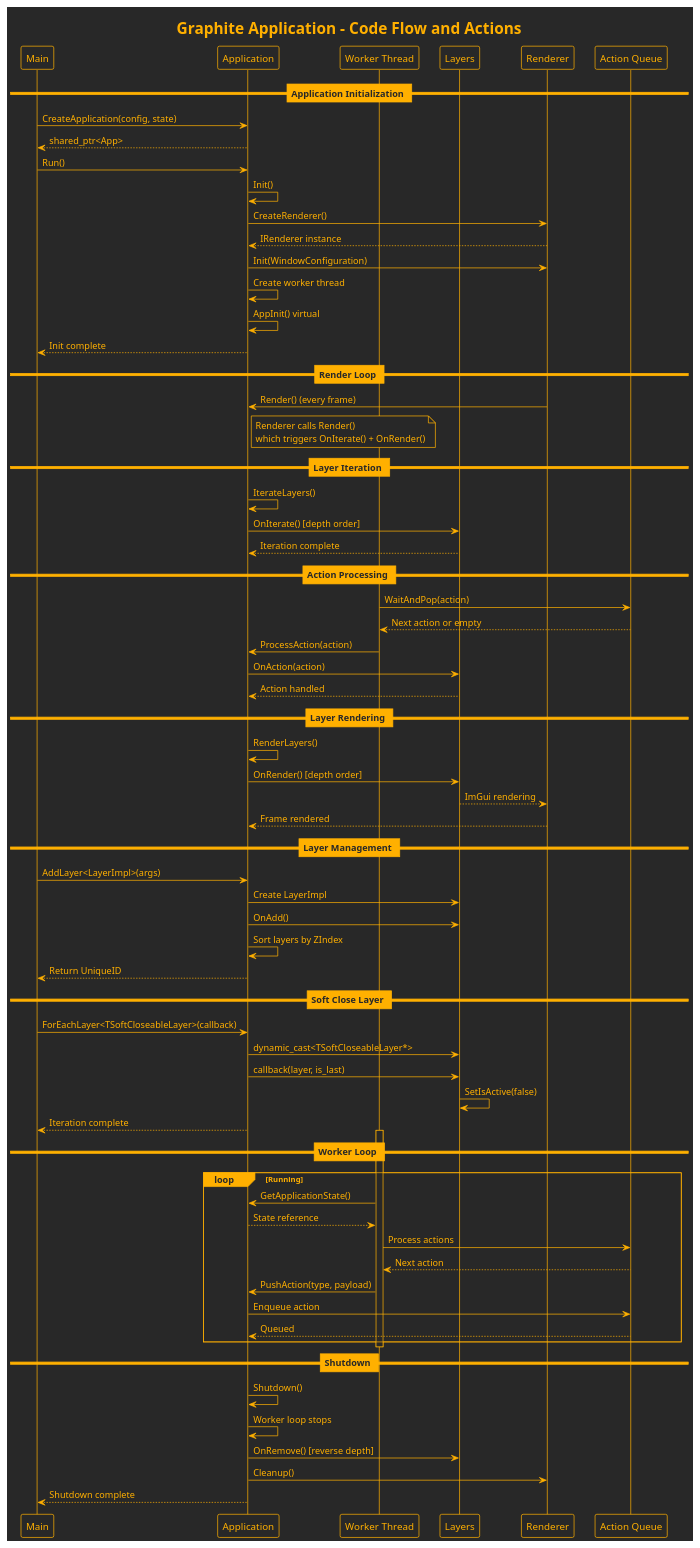
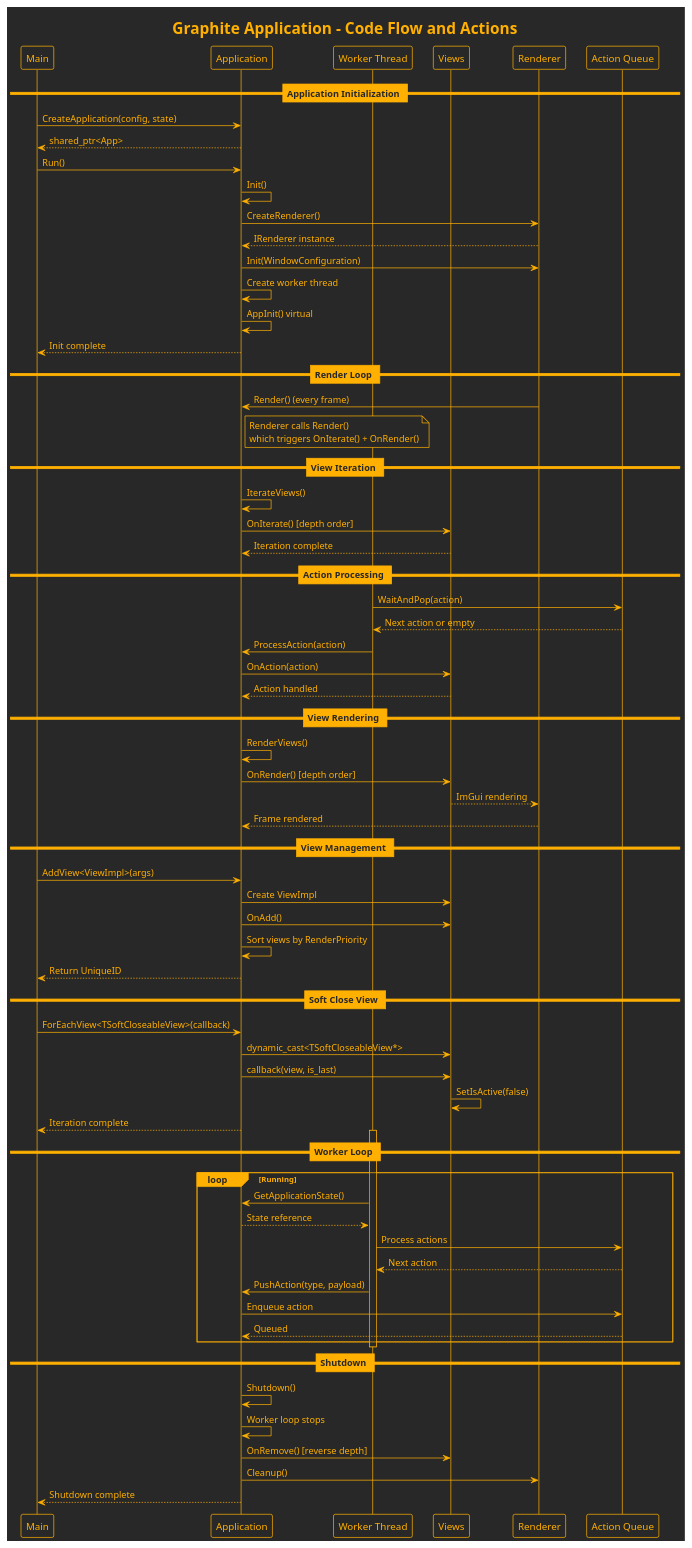
The diagram in src/Graphite/Application/docs/code.puml (TheAncientOwl/fluxion), drawn with PlantUML before and after one commit. The commit also changed 105 other files, not shown here.

Commit message:
Rename Layer->View to better fit the purpose. TODO: consider layering in the future

```diff
--- a/src/Graphite/Application/docs/code.puml
+++ b/src/Graphite/Application/docs/code.puml
@@ -1,87 +1,87 @@
 @startuml Graphite Application Workflow
 
 !theme crt-amber
 
 title Graphite Application - Code Flow and Actions
 
 participant "Main" as main
 participant "Application" as app
 participant "Worker Thread" as worker
-participant "Layers" as layers
+participant "Views" as views
 participant "Renderer" as renderer
 participant "Action Queue" as queue
 
 == Application Initialization ==
 main -> app: CreateApplication(config, state)
 app --> main: shared_ptr<App>
 
 main -> app: Run()
 app -> app: Init()
 app -> renderer: CreateRenderer()
 renderer --> app: IRenderer instance
 app -> renderer: Init(WindowConfiguration)
 app -> app: Create worker thread
 app -> app: AppInit() virtual
 app --> main: Init complete
 
 == Render Loop ==
 renderer -> app: Render() (every frame)
 
 note right of app
   Renderer calls Render()
   which triggers OnIterate() + OnRender()
 end note
 
-== Layer Iteration ==
-app -> app: IterateLayers()
-app -> layers: OnIterate() [depth order]
-layers --> app: Iteration complete
+== View Iteration ==
+app -> app: IterateViews()
+app -> views: OnIterate() [depth order]
+views --> app: Iteration complete
 
 == Action Processing ==
 worker -> queue: WaitAndPop(action)
 queue --> worker: Next action or empty
 worker -> app: ProcessAction(action)
-app -> layers: OnAction(action)
-layers --> app: Action handled
+app -> views: OnAction(action)
+views --> app: Action handled
 
-== Layer Rendering ==
-app -> app: RenderLayers()
-app -> layers: OnRender() [depth order]
-layers --> renderer: ImGui rendering
+== View Rendering ==
+app -> app: RenderViews()
+app -> views: OnRender() [depth order]
+views --> renderer: ImGui rendering
 renderer --> app: Frame rendered
 
-== Layer Management ==
-main -> app: AddLayer<LayerImpl>(args)
-app -> layers: Create LayerImpl
-app -> layers: OnAdd()
-app -> app: Sort layers by ZIndex
+== View Management ==
+main -> app: AddView<ViewImpl>(args)
+app -> views: Create ViewImpl
+app -> views: OnAdd()
+app -> app: Sort views by RenderPriority
 app --> main: Return UniqueID
 
-== Soft Close Layer ==
-main -> app: ForEachLayer<TSoftCloseableLayer>(callback)
-app -> layers: dynamic_cast<TSoftCloseableLayer*>
-app -> layers: callback(layer, is_last)
-layers -> layers: SetIsActive(false)
+== Soft Close View ==
+main -> app: ForEachView<TSoftCloseableView>(callback)
+app -> views: dynamic_cast<TSoftCloseableView*>
+app -> views: callback(view, is_last)
+views -> views: SetIsActive(false)
 app --> main: Iteration complete
 
 == Worker Loop ==
 activate worker
 loop Running
   worker -> app: GetApplicationState()
   app --> worker: State reference
   worker -> queue: Process actions
   queue --> worker: Next action
   worker -> app: PushAction(type, payload)
   app -> queue: Enqueue action
   queue --> app: Queued
 end
 deactivate worker
 
 == Shutdown ==
 app -> app: Shutdown()
 app -> app: Worker loop stops
-app -> layers: OnRemove() [reverse depth]
+app -> views: OnRemove() [reverse depth]
 app -> renderer: Cleanup()
 app --> main: Shutdown complete
 
 @enduml
```
